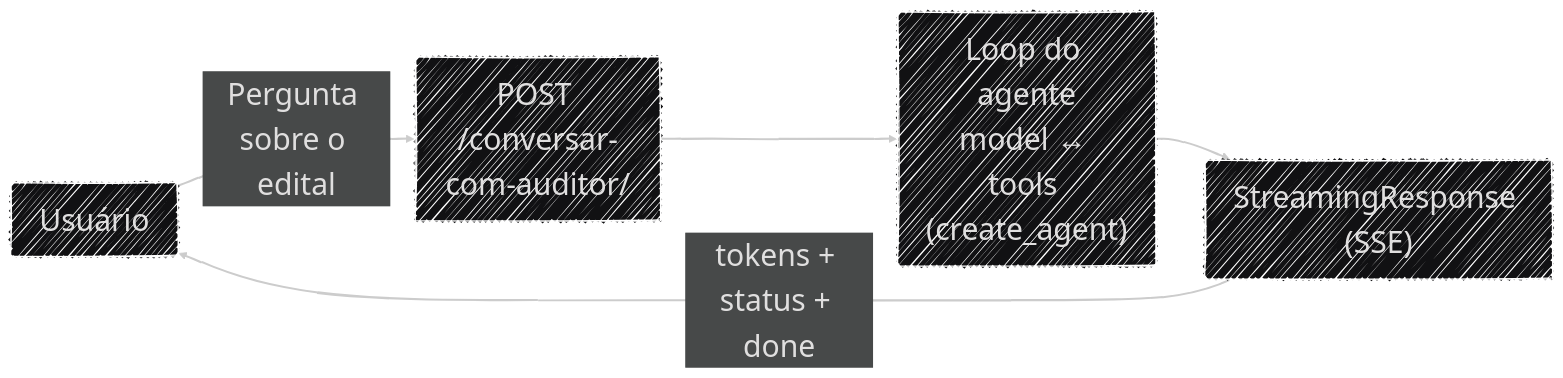
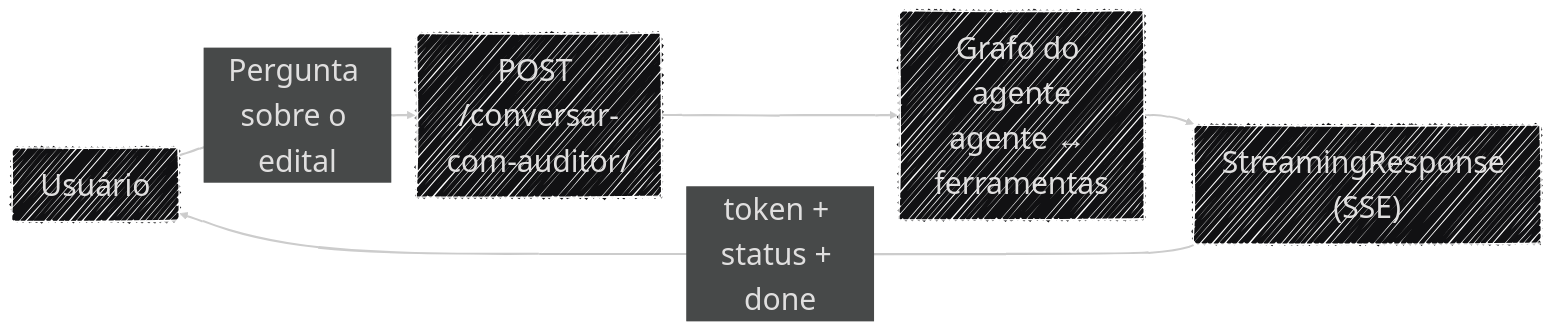
Before and after one commit to Moreira-89/auditor-cidadao: the second of 3 diagrams in docs/arquitetura/fluxo_dados.md, drawn with Mermaid. The commit also changed other lines of this file and 19 other files, not shown here.

````diff
--- a/docs/arquitetura/fluxo_dados.md
+++ b/docs/arquitetura/fluxo_dados.md
@@ -54,17 +69,17 @@
 ```mermaid
 ---
 config:
   layout: dagre
   theme: redux-dark
   look: handDrawn
   fontFamily: '''Source Code Pro Variable'', monospace'
   themeVariables:
     fontFamily: '''Source Code Pro Variable'', monospace'
     fontSize: '32px'
 ---
 flowchart LR
     U["Usuário"] -->|"Pergunta sobre o edital"| CHAT["POST /conversar-com-auditor/"]
-    CHAT --> AGENTE["Loop do agente<br>model ↔ tools (create_agent)"]
+    CHAT --> AGENTE["Grafo do agente<br>agente ↔ ferramentas"]
     AGENTE --> SSE["StreamingResponse (SSE)"]
-    SSE -->|"tokens + status + done"| U
+    SSE -->|"token + status + done"| U
 ```
````
